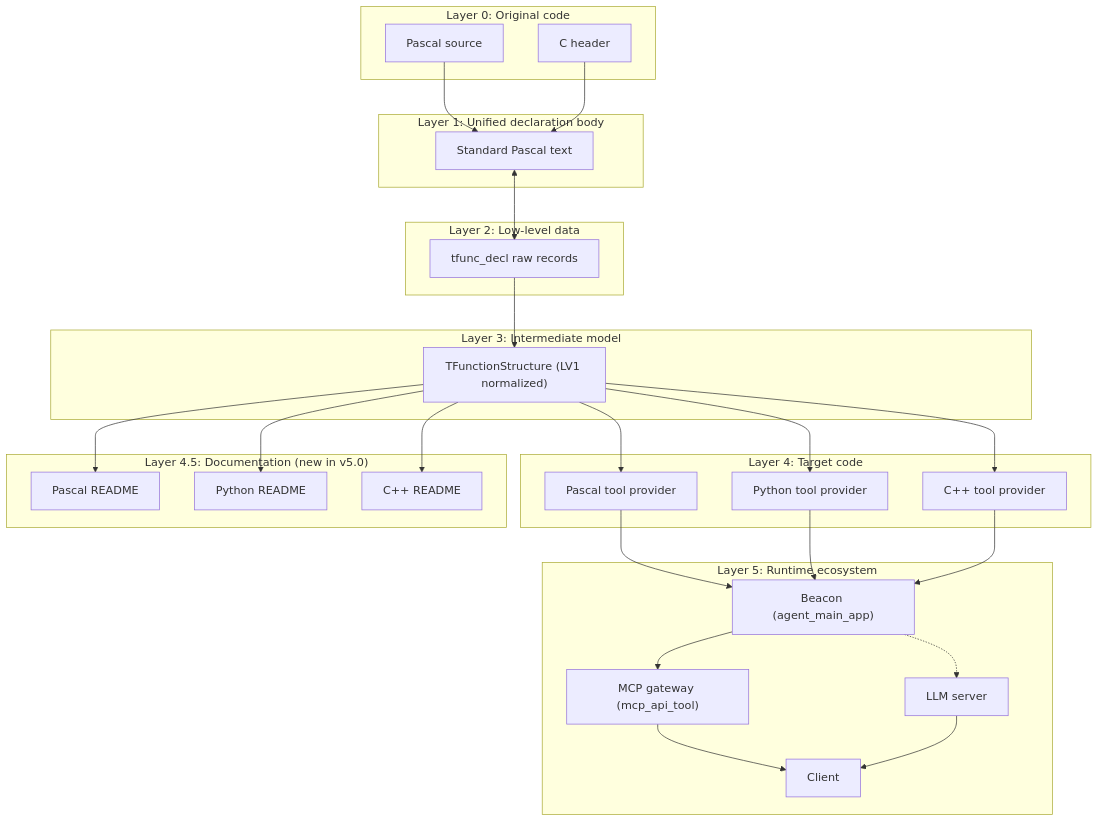
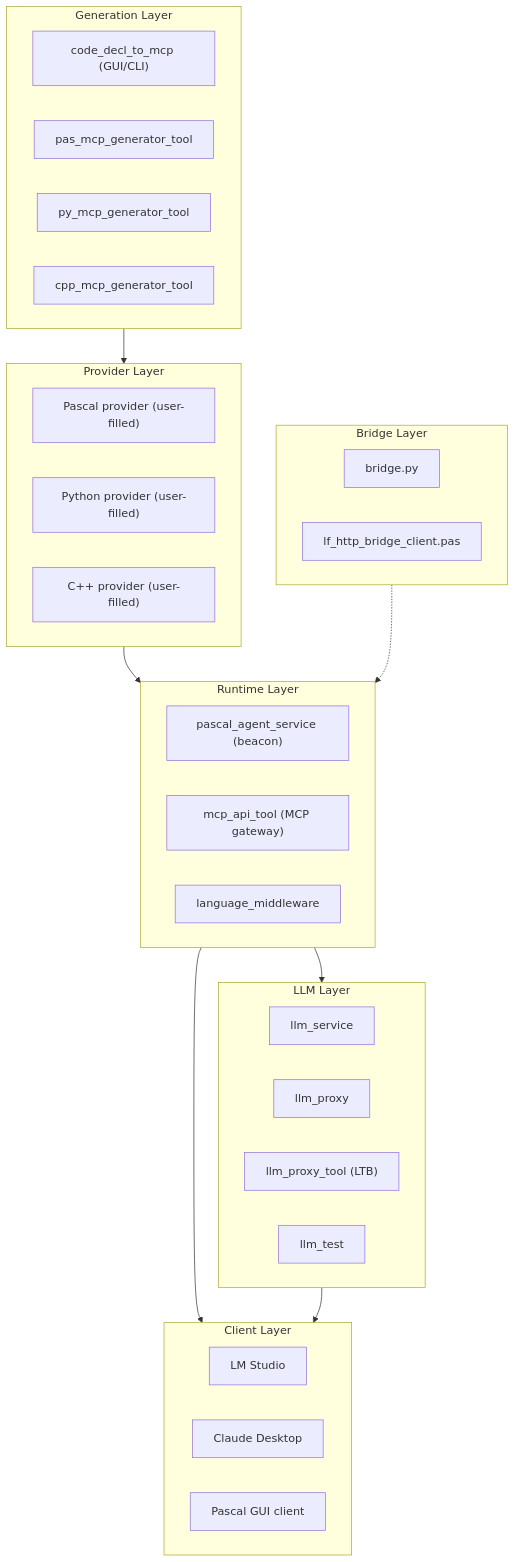
One commit to PassByYou888/LingoFuse-Tools changed the second of 55 diagrams in src/pascal_c_to_mcp/code_decl_to_mcp_knowledge_base.md. Above: the diagram before and after it, drawn with Mermaid. The commit also changed other lines of this file, not shown here.

````diff
--- a/src/pascal_c_to_mcp/code_decl_to_mcp_knowledge_base.md
+++ b/src/pascal_c_to_mcp/code_decl_to_mcp_knowledge_base.md
@@ -52,56 +96,46 @@
 ```mermaid
 flowchart TB
-    subgraph L0["Layer 0: Original code"]
-        A1["Pascal source"]
-        A2["C header"]
+    subgraph GenLayer["Generation Layer"]
+        G1["code_decl_to_mcp (GUI/CLI)"]
+        G2["pas_mcp_generator_tool"]
+        G3["py_mcp_generator_tool"]
+        G4["cpp_mcp_generator_tool"]
     end
 
-    subgraph L1["Layer 1: Unified declaration body"]
-        B["Standard Pascal text"]
+    subgraph ProviderLayer["Provider Layer"]
+        P1["Pascal provider (user-filled)"]
+        P2["Python provider (user-filled)"]
+        P3["C++ provider (user-filled)"]
     end
 
-    subgraph L2["Layer 2: Low-level data"]
-        C["tfunc_decl raw records"]
+    subgraph RuntimeLayer["Runtime Layer"]
+        R1["pascal_agent_service (beacon)"]
+        R2["mcp_api_tool (MCP gateway)"]
+        R3["language_middleware"]
     end
 
-    subgraph L3["Layer 3: Intermediate model"]
-        D["TFunctionStructure (LV1 normalized)"]
+    subgraph LLMLayer["LLM Layer"]
+        L1["llm_service"]
+        L2["llm_proxy"]
+        L3["llm_proxy_tool (LTB)"]
+        L4["llm_test"]
     end
 
-    subgraph L4["Layer 4: Target code"]
-        E1["Pascal tool provider"]
-        E2["Python tool provider"]
-        E3["C++ tool provider"]
+    subgraph BridgeLayer["Bridge Layer"]
+        B1["bridge.py"]
+        B2["lf_http_bridge_client.pas"]
     end
 
-    subgraph L45["Layer 4.5: Documentation (new in v5.0)"]
-        R1["Pascal README"]
-        R2["Python README"]
-        R3["C++ README"]
+    subgraph ClientLayer["Client Layer"]
+        C1["LM Studio"]
+        C2["Claude Desktop"]
+        C3["Pascal GUI client"]
     end
 
-    subgraph L5["Layer 5: Runtime ecosystem"]
-        F1["Beacon (agent_main_app)"]
-        F2["MCP gateway (mcp_api_tool)"]
-        F3["LLM server"]
-        F4["Client"]
-    end
-
-    A1 --> B
-    A2 --> B
-    B <--> C
-    C --> D
-    D --> E1
-    D --> E2
-    D --> E3
-    D --> R1
-    D --> R2
-    D --> R3
-    E1 --> F1
-    E2 --> F1
-    E3 --> F1
-    F1 --> F2
-    F2 --> F4
-    F3 --> F4
-    F1 -.-> F3
+    GenLayer --> ProviderLayer
+    ProviderLayer --> RuntimeLayer
+    RuntimeLayer --> ClientLayer
+    RuntimeLayer --> LLMLayer
+    BridgeLayer -.-> RuntimeLayer
+    LLMLayer --> ClientLayer
 ```
````
